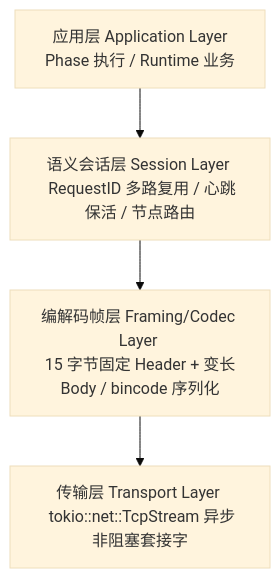
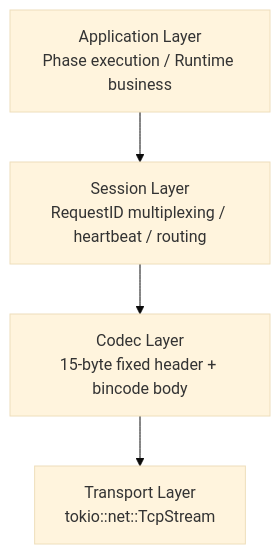
One commit to smitea/bee changed the third of 6 diagrams in docs/architecture.md. Above: the diagram before and after it, drawn with Mermaid (base theme). The commit also changed other lines of this file and 21 other files, not shown here.

````diff
--- a/docs/architecture.md
+++ b/docs/architecture.md
@@ -229,11 +208,8 @@
 ```mermaid
 graph TD
-    App[应用层 Application Layer <br/> Phase 执行 / Runtime 业务]
-    Session[语义会话层 Session Layer <br/> RequestID 多路复用 / 心跳保活 / 节点路由]
-    Codec[编解码帧层 Framing/Codec Layer <br/> 15 字节固定 Header + 变长 Body / bincode 序列化]
-    Transport[传输层 Transport Layer <br/> tokio::net::TcpStream 异步非阻塞套接字]
-
-    App --> Session
-    Session --> Codec
-    Codec --> Transport
+    App[Application Layer<br/>Phase execution / Runtime business]
+    Session[Session Layer<br/>RequestID multiplexing / heartbeat / routing]
+    Codec[Codec Layer<br/>15-byte fixed header + bincode body]
+    Transport[Transport Layer<br/>tokio::net::TcpStream]
+    App --> Session --> Codec --> Transport
 ```
````
